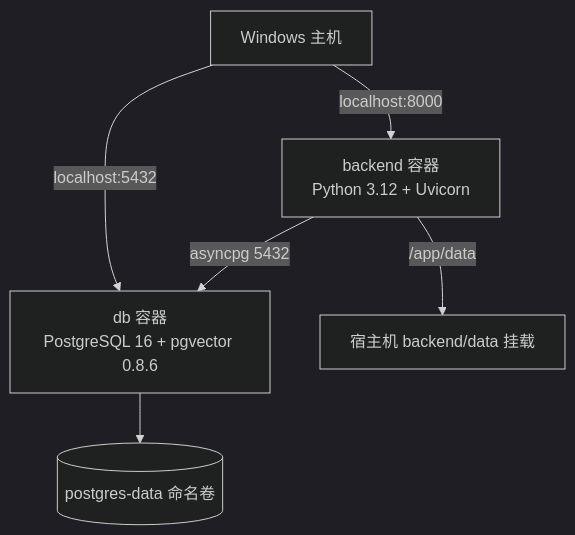
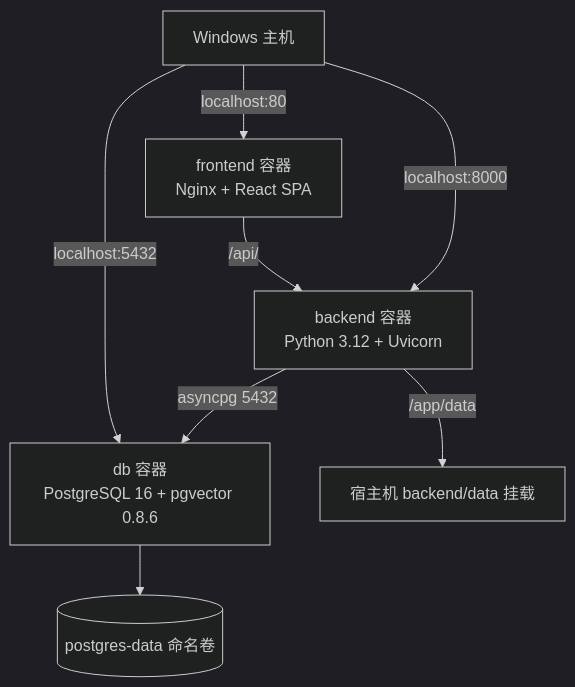
Before and after one commit to dreamingto/AIC-9.2: the second of 3 diagrams in docs/机图索隐_项目技术文档.md, drawn with Mermaid (dark theme). The commit also changed other lines of this file and 46 other files, not shown here.

Commit message:
feat: integrate React frontend and full-stack delivery

````diff
--- a/docs/机图索隐_项目技术文档.md
+++ b/docs/机图索隐_项目技术文档.md
@@ -76,9 +77,11 @@
 ```mermaid
 flowchart TB
     Host[Windows 主机]
+    Host -->|localhost:80| Frontend[frontend 容器\nNginx + React SPA]
     Host -->|localhost:8000| Backend[backend 容器\nPython 3.12 + Uvicorn]
+    Frontend -->|/api/| Backend
     Backend -->|asyncpg 5432| DB[db 容器\nPostgreSQL 16 + pgvector 0.8.6]
     Host -->|localhost:5432| DB
     Backend -->|/app/data| Data[宿主机 backend/data 挂载]
     DB --> Volume[(postgres-data 命名卷)]
 ```
````
